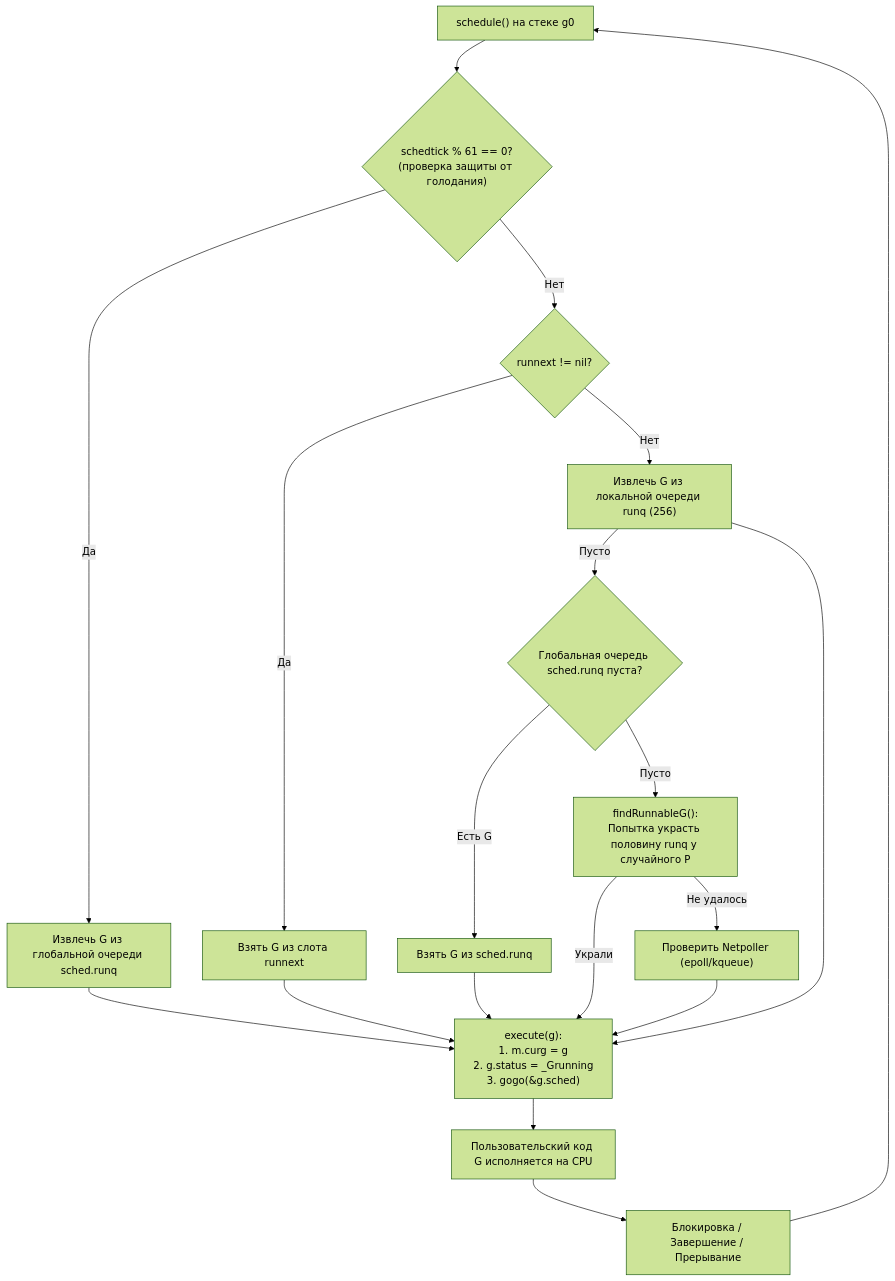
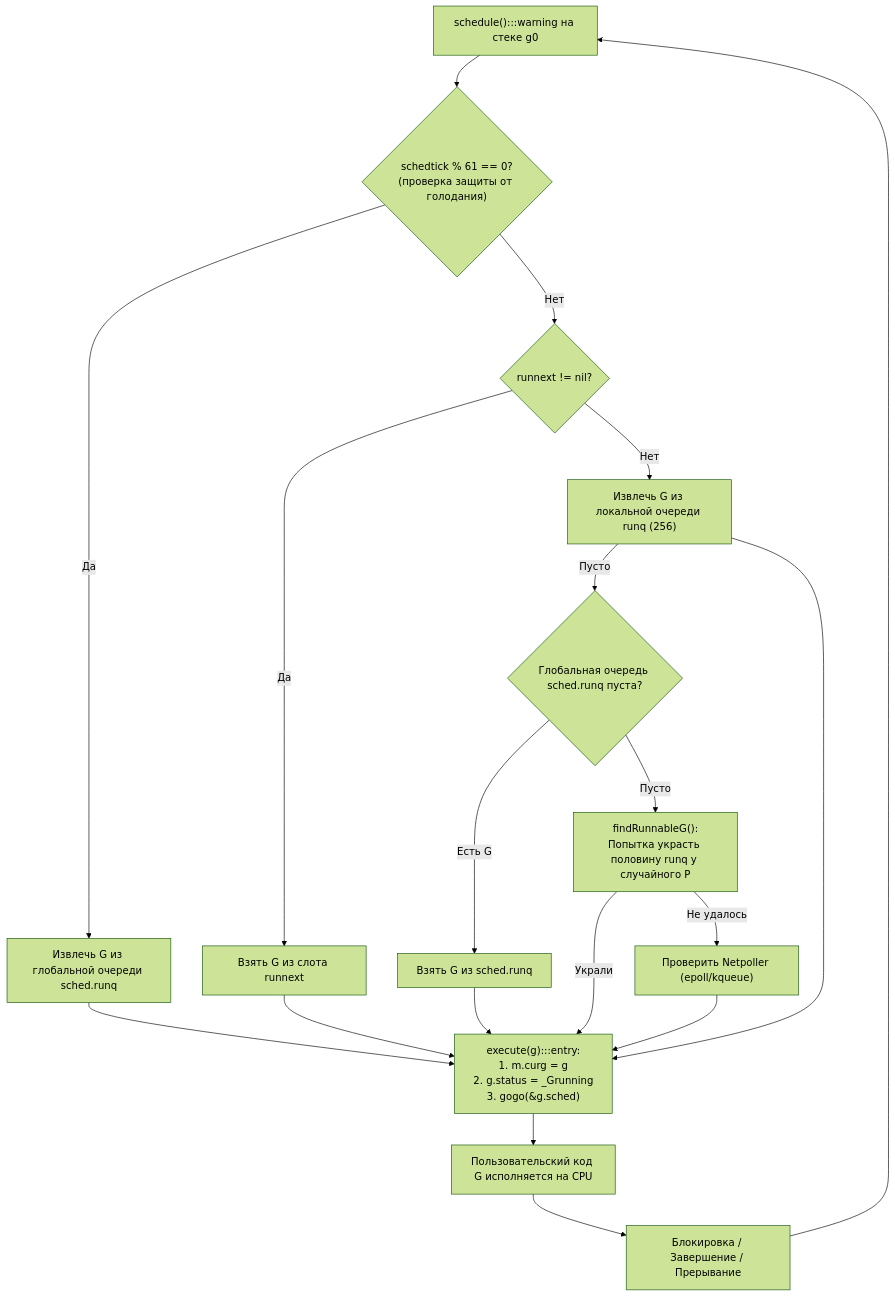
The second of 3 diagrams in sources/16. Профилирование, отладка и производительность/06. Конкурентность/1. Scheduler Go. G-M-P модель.md (UnrealTemplier/go-textbook), drawn with Mermaid (forest theme) before and after one commit. The commit also changed other lines of this file and 1666 other files, not shown here.

First line of the commit message:
feat(mermaid): add semantic color classDef to 1369 colorless flowchart/graph diagrams

````diff
--- a/sources/16. Профилирование, отладка и производительность/06. Конкурентность/1. Scheduler Go. G-M-P модель.md
+++ b/sources/16. Профилирование, отладка и производительность/06. Конкурентность/1. Scheduler Go. G-M-P модель.md
@@ -161,26 +171,36 @@
 ```mermaid
 flowchart TD
-    Start["schedule() на стеке g0"] --> Ticks{"schedtick % 61 == 0?<br/>(проверка защиты от голодания)"}
+    classDef process  fill:#1e293b,stroke:#38bdf8,stroke-width:1px,color:#f8fafc
+    classDef success  fill:#064e3b,stroke:#34d399,stroke-width:1px,color:#f8fafc
+    classDef error    fill:#7f1d1d,stroke:#f87171,stroke-width:1px,color:#f8fafc
+    classDef warning  fill:#78350f,stroke:#fbbf24,stroke-width:1px,color:#f8fafc
+    classDef entry    fill:#1e3a5f,stroke:#38bdf8,stroke-width:2px,color:#f8fafc
+    classDef aux      fill:#334155,stroke:#64748b,stroke-width:1px,color:#f8fafc
+    classDef system   fill:#312e81,stroke:#a78bfa,stroke-width:1px,color:#f8fafc
+    classDef data     fill:#132d29,stroke:#2dd4bf,stroke-width:1px,color:#f8fafc
+    classDef network  fill:#881337,stroke:#fb7185,stroke-width:1px,color:#f8fafc
+    classDef accent   fill:#1e1b4b,stroke:#818cf8,stroke-width:1px,color:#f8fafc
+    Start["schedule():::warning на стеке g0"] --> Ticks{"schedtick % 61 == 0?<br/>(проверка защиты от голодания)"}
     Ticks -- Да --> CheckGlobal1["Извлечь G из глобальной очереди sched.runq"]
     Ticks -- Нет --> CheckRunNext{"runnext != nil?"}
     
     CheckRunNext -- Да --> PickRunNext["Взять G из слота runnext"]
     CheckRunNext -- Нет --> CheckLocal["Извлечь G из локальной очереди runq (256)"]
     
     CheckLocal -- Пусто --> CheckGlobal2{"Глобальная очередь sched.runq пуста?"}
     CheckGlobal2 -- Есть G --> PickGlobal["Взять G из sched.runq"]
     CheckGlobal2 -- Пусто --> StealWork["findRunnableG():<br/>Попытка украсть половину runq у случайного P"]
     
     StealWork -- Украли --> ExecPrep
     StealWork -- Не удалось --> PollNet["Проверить Netpoller (epoll/kqueue)"]
     
     CheckGlobal1 --> ExecPrep
     PickRunNext --> ExecPrep
     CheckLocal --> ExecPrep
     PickGlobal --> ExecPrep
     PollNet --> ExecPrep
     
-    ExecPrep["execute(g):<br/>1. m.curg = g<br/>2. g.status = _Grunning<br/>3. gogo(&g.sched)"] --> Run["Пользовательский код G исполняется на CPU"]
+    ExecPrep["execute(g):::entry:<br/>1. m.curg = g<br/>2. g.status = _Grunning<br/>3. gogo(&g.sched)"] --> Run["Пользовательский код G исполняется на CPU"]
     Run --> Halt["Блокировка / Завершение / Прерывание"]
     Halt --> Start
 ```
````
